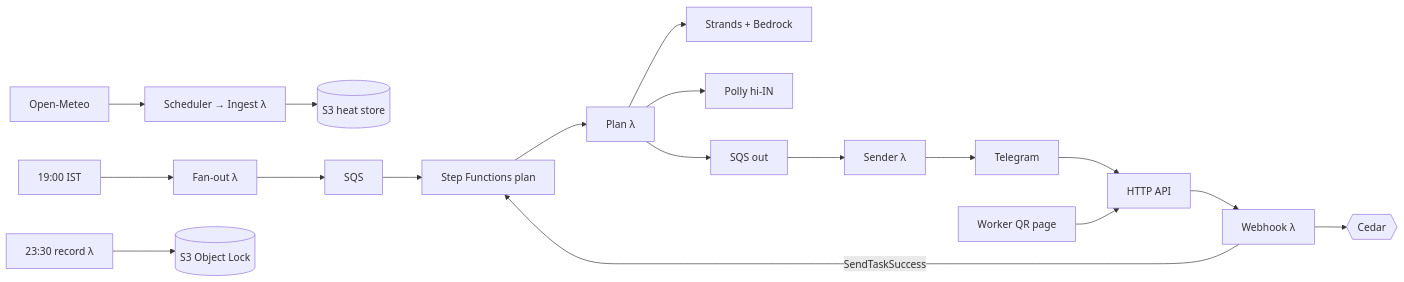
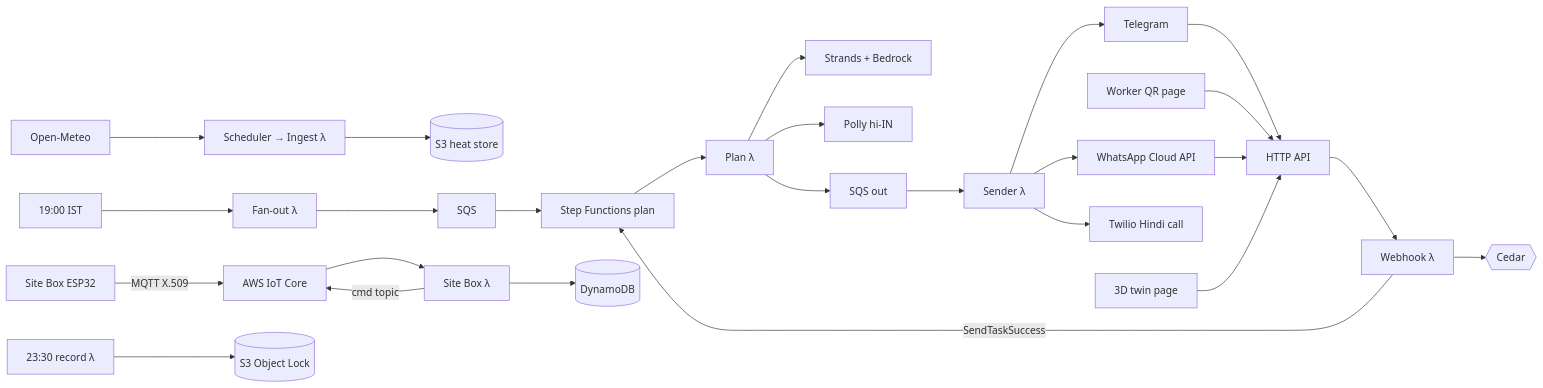
The diagram in README.md (LSUDOKO/Pehra), drawn with Mermaid before and after one commit. The commit also changed other lines of this file, not shown here.

Commit message:
docs: add Site Box, AWS IoT Core, 3D twin and video sections to README

````diff
--- a/README.md
+++ b/README.md
@@ -75,12 +94,18 @@
 ```mermaid
 flowchart LR
   OM[Open-Meteo] --> ING[Scheduler → Ingest λ] --> HS[(S3 heat store)]
   SCH[19:00 IST] --> FAN[Fan-out λ] --> PQ[SQS] --> SFN[Step Functions plan]
   SFN --> PS[Plan λ] --> BR[Strands + Bedrock]
   PS --> POL[Polly hi-IN]
   PS --> OQ[SQS out] --> SND[Sender λ] --> TG[Telegram]
   TG --> API[HTTP API] --> WH[Webhook λ] --> CED{{Cedar}}
   WH -->|SendTaskSuccess| SFN
   QR[Worker QR page] --> API
+  WA[WhatsApp Cloud API] --> API
+  SND --> WA
+  SND --> TW[Twilio Hindi call]
+  BOX[Site Box ESP32] -->|MQTT X.509| IOT[AWS IoT Core] --> BXL[Site Box λ] --> DDB[(DynamoDB)]
+  BXL -->|cmd topic| IOT
+  TWIN[3D twin page] --> API
   NR[23:30 record λ] --> OL[(S3 Object Lock)]
 ```
````
